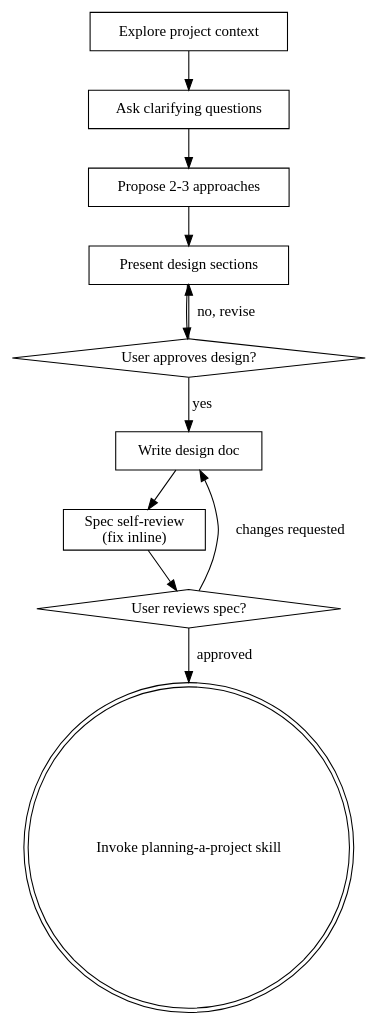
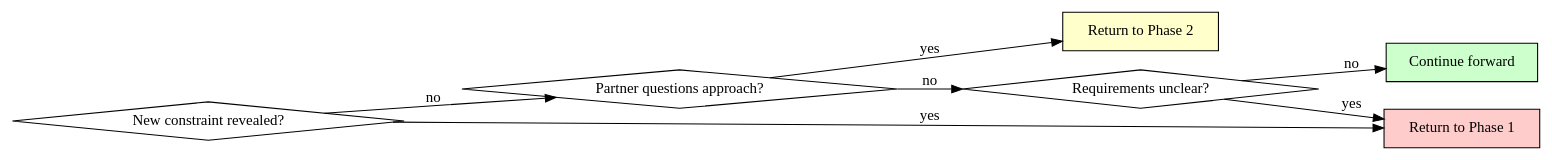
Before and after one commit to vivshaw/loam: the diagram in plugins/techne/skills/brainstorming/SKILL.md, drawn with Graphviz. The commit also changed other lines of this file and 9 other files, not shown here.

Commit message:
feat(techne:brainstorming): replace wholesale with ed3d-plugins version to get autonomous review

````diff
--- a/plugins/techne/skills/brainstorming/SKILL.md
+++ b/plugins/techne/skills/brainstorming/SKILL.md
@@ -35,24 +286,18 @@
 ```dot
-digraph brainstorming {
-    "Explore project context" [shape=box];
-    "Ask clarifying questions" [shape=box];
-    "Propose 2-3 approaches" [shape=box];
-    "Present design sections" [shape=box];
-    "User approves design?" [shape=diamond];
-    "Write design doc" [shape=box];
-    "Spec self-review\n(fix inline)" [shape=box];
-    "User reviews spec?" [shape=diamond];
-    "Invoke planning-a-project skill" [shape=doublecircle];
+digraph revisit_phases {
+    rankdir=LR;
+    "New constraint revealed?" [shape=diamond];
+    "Partner questions approach?" [shape=diamond];
+    "Requirements unclear?" [shape=diamond];
+    "Return to Phase 1" [shape=box, style=filled, fillcolor="#ffcccc"];
+    "Return to Phase 2" [shape=box, style=filled, fillcolor="#ffffcc"];
+    "Continue forward" [shape=box, style=filled, fillcolor="#ccffcc"];
 
-    "Explore project context" -> "Ask clarifying questions";
-    "Ask clarifying questions" -> "Propose 2-3 approaches";
-    "Propose 2-3 approaches" -> "Present design sections";
-    "Present design sections" -> "User approves design?";
-    "User approves design?" -> "Present design sections" [label="no, revise"];
-    "User approves design?" -> "Write design doc" [label="yes"];
-    "Write design doc" -> "Spec self-review\n(fix inline)";
-    "Spec self-review\n(fix inline)" -> "User reviews spec?";
-    "User reviews spec?" -> "Write design doc" [label="changes requested"];
-    "User reviews spec?" -> "Invoke planning-a-project skill" [label="approved"];
+    "New constraint revealed?" -> "Return to Phase 1" [label="yes"];
+    "New constraint revealed?" -> "Partner questions approach?" [label="no"];
+    "Partner questions approach?" -> "Return to Phase 2" [label="yes"];
+    "Partner questions approach?" -> "Requirements unclear?" [label="no"];
+    "Requirements unclear?" -> "Return to Phase 1" [label="yes"];
+    "Requirements unclear?" -> "Continue forward" [label="no"];
 }
 ```
````
